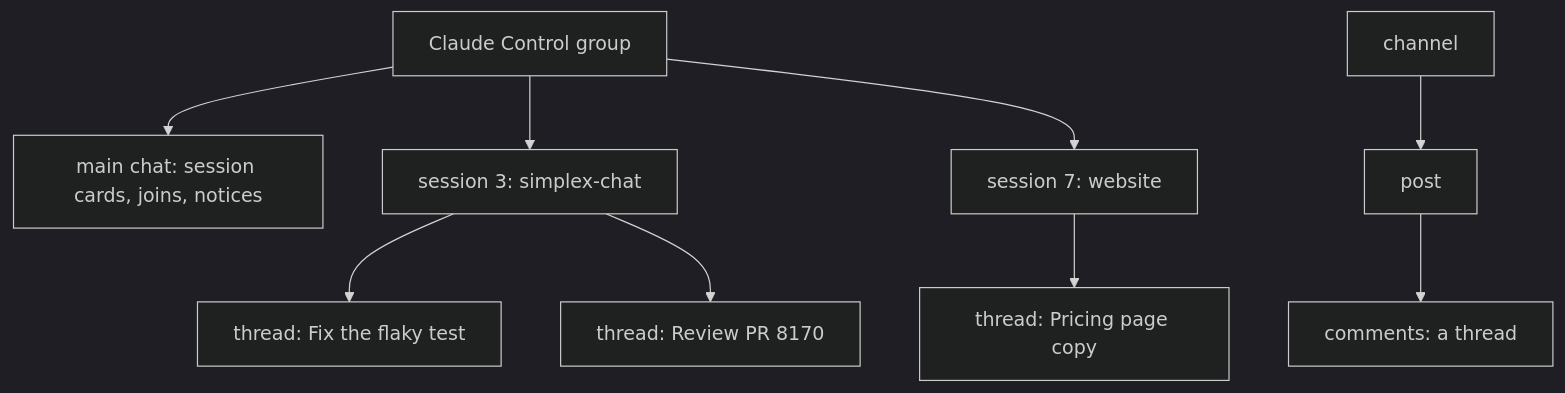
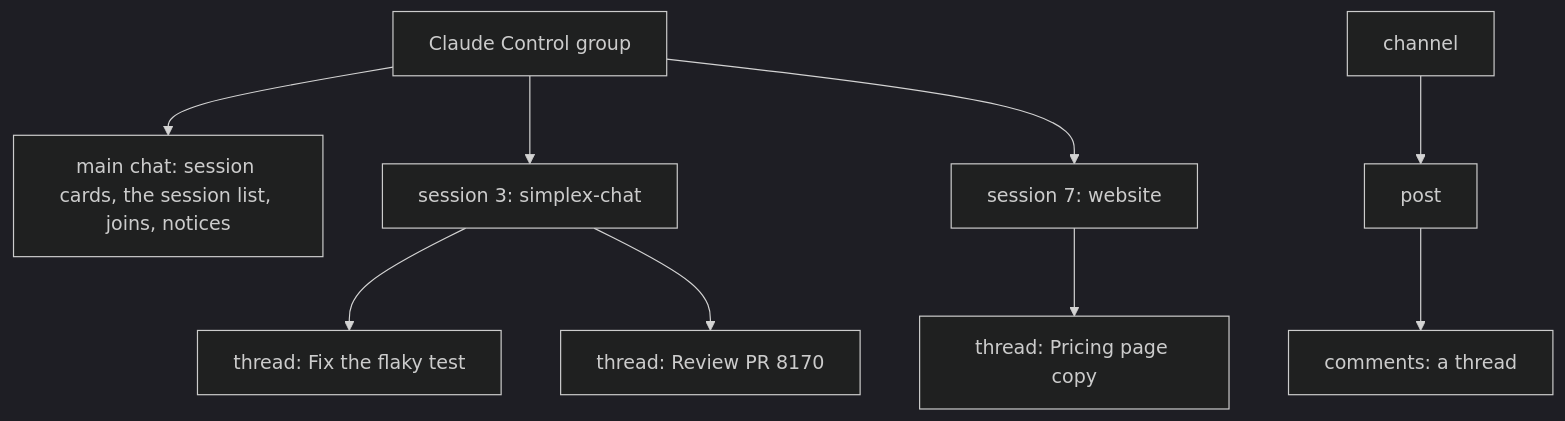
The first of 5 diagrams in plans/2026-11-13-mcp-threads.md (evgeny-simplex/simplex-chat), drawn with Mermaid (dark theme) before and after one commit. The commit also changed other lines of this file, not shown here.

````diff
--- a/plans/2026-11-13-mcp-threads.md
+++ b/plans/2026-11-13-mcp-threads.md
@@ -49,11 +54,11 @@
 ```mermaid
 flowchart TD
-  G[Claude Control group] --> MC[main chat: session cards, joins, notices]
+  G[Claude Control group] --> MC[main chat: session cards, the session list, joins, notices]
   G --> S3[session 3: simplex-chat]
   G --> S7[session 7: website]
   S3 --> T1[thread: Fix the flaky test]
   S3 --> T2[thread: Review PR 8170]
   S7 --> T3[thread: Pricing page copy]
   CH[channel] --> P1[post]
   P1 --> C1[comments: a thread]
 ```
````
